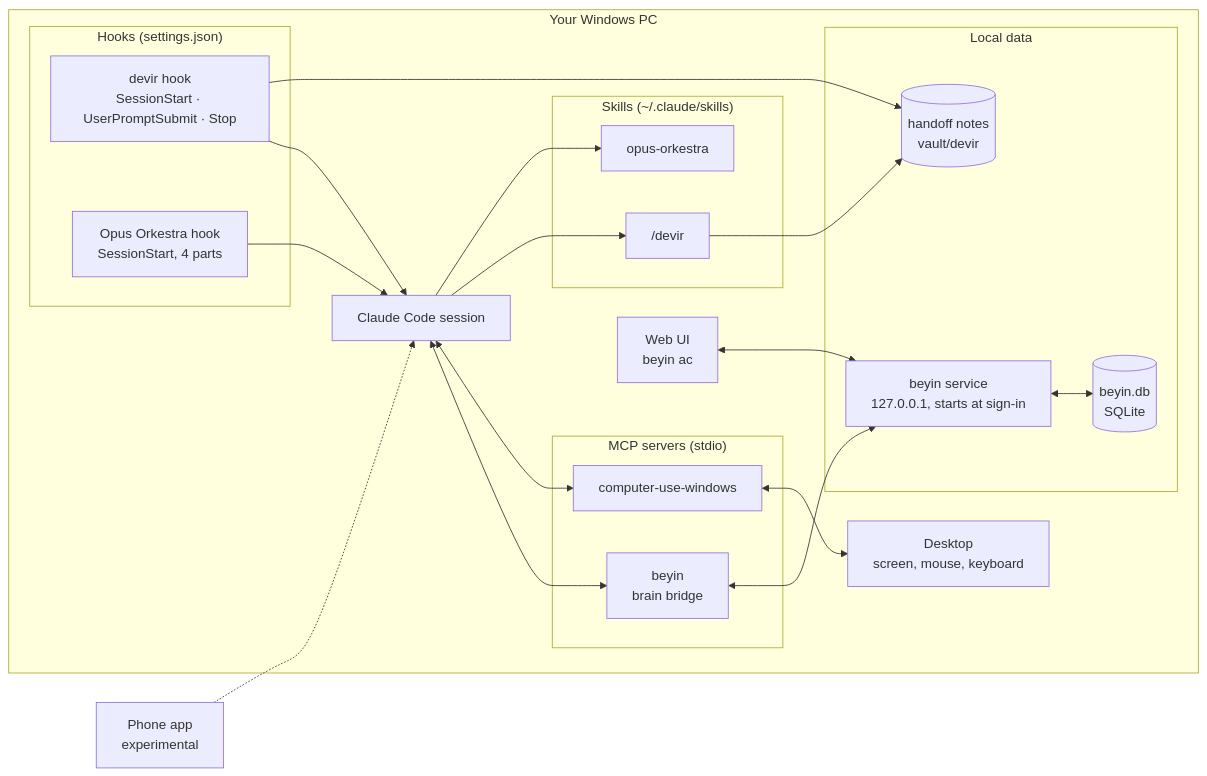
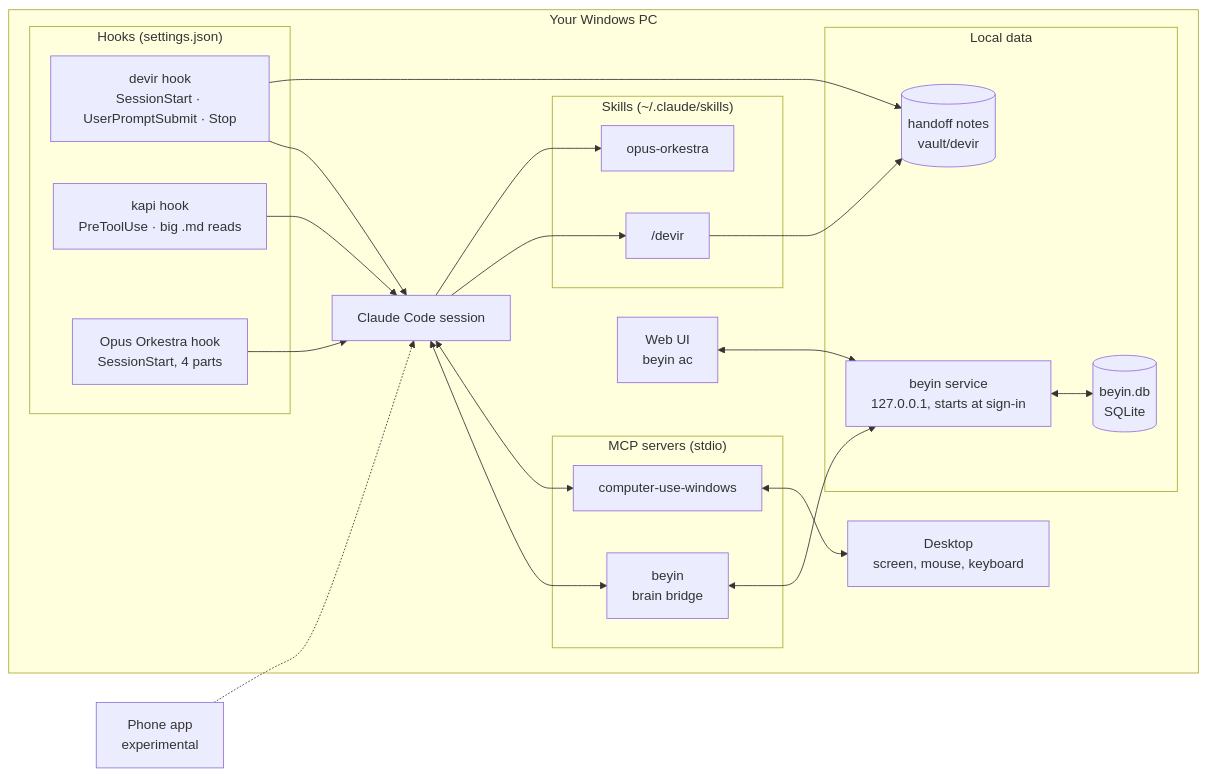
The diagram in README.md (SelmanBoray/eren-kit), drawn with Mermaid before and after one commit. The commit also changed other lines of this file and 11 other files, not shown here.

````diff
--- a/README.md
+++ b/README.md
@@ -53,46 +54,48 @@
 ```mermaid
 flowchart LR
     subgraph PC["Your Windows PC"]
         CC["Claude Code session"]
 
         subgraph MCP["MCP servers (stdio)"]
             BMCP["beyin<br/>brain bridge"]
             CUW["computer-use-windows"]
         end
 
         subgraph HOOKS["Hooks (settings.json)"]
             HD["devir hook<br/>SessionStart · UserPromptSubmit · Stop"]
+            HK["kapi hook<br/>PreToolUse · big .md reads"]
             HO["Opus Orkestra hook<br/>SessionStart, 4 parts"]
         end
 
         subgraph SKILLS["Skills (~/.claude/skills)"]
             SD["/devir"]
             SO["opus-orkestra"]
         end
 
         subgraph DATA["Local data"]
             SVC["beyin service<br/>127.0.0.1, starts at sign-in"]
             DB[("beyin.db<br/>SQLite")]
             NOTES[("handoff notes<br/>vault/devir")]
         end
 
         WEB["Web UI<br/>beyin ac"]
         DESK["Desktop<br/>screen, mouse, keyboard"]
     end
 
     PHONE["Phone app<br/>experimental"]
 
     CC <--> BMCP
     CC <--> CUW
     HD --> CC
+    HK --> CC
     HO --> CC
     CC --> SD
     CC --> SO
     BMCP <--> SVC
     SVC <--> DB
     WEB <--> SVC
     HD --> NOTES
     SD --> NOTES
     CUW <--> DESK
     PHONE -.-> CC
 ```
````
